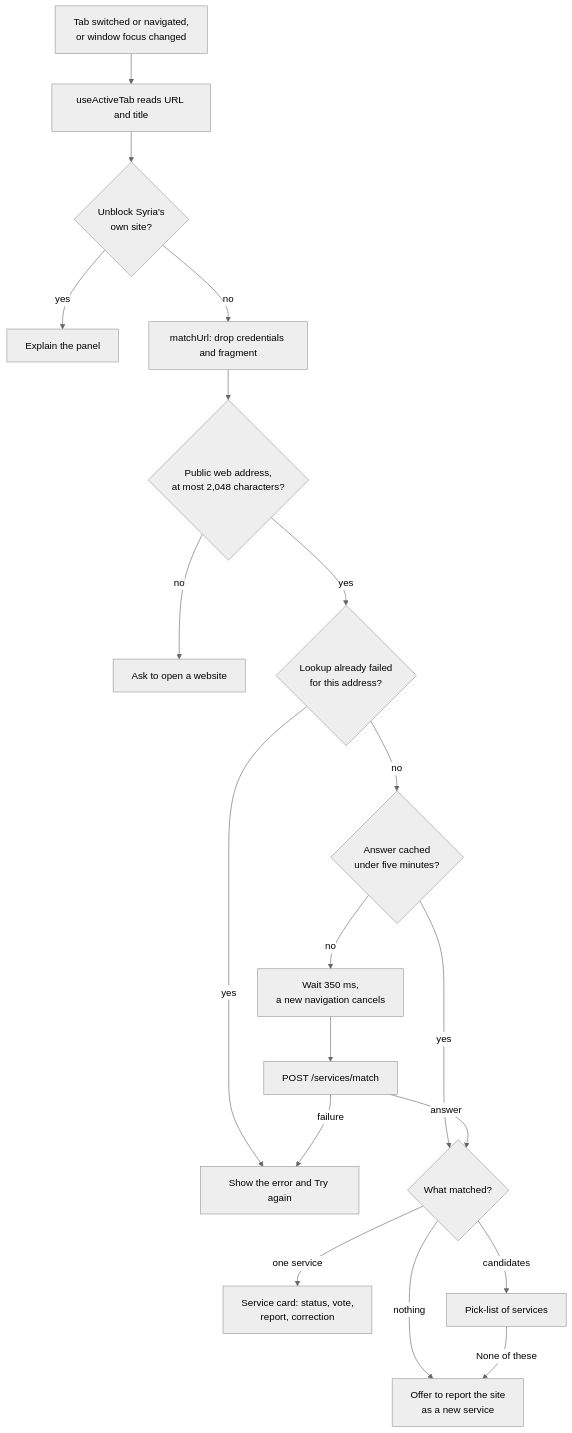
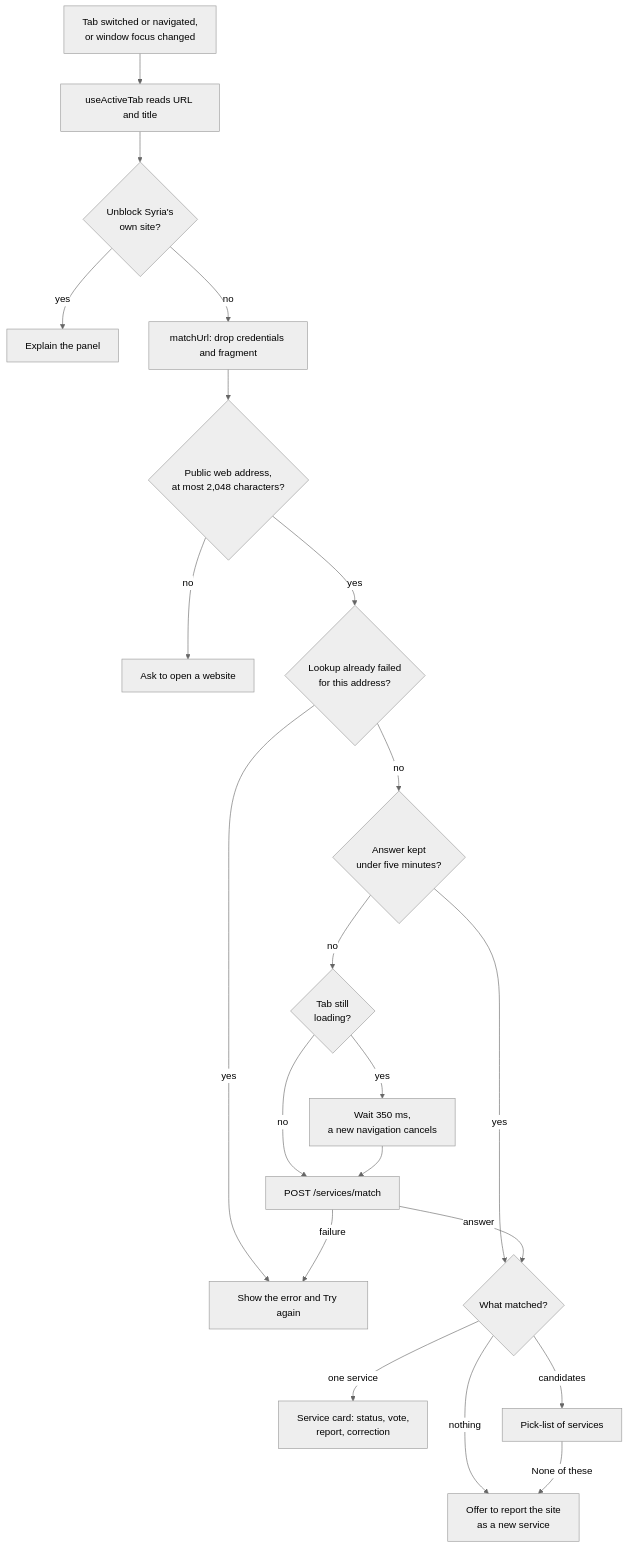
The second of 5 diagrams in ARCHITECTURE.md (unblocksyria/shaghal-extension), drawn with Mermaid (neutral theme) before and after one commit. The commit also changed other lines of this file and 79 other files, not shown here.

First line of the commit message:
feat(panel): guide testers to the gaps and speed up every flow (#74)

````diff
--- a/ARCHITECTURE.md
+++ b/ARCHITECTURE.md
@@ -63,21 +63,23 @@
 ```mermaid
 flowchart TD
     Event["Tab switched or navigated,<br/>or window focus changed"] --> Read["useActiveTab reads URL and title"]
     Read --> Own{"Unblock Syria's<br/>own site?"}
     Own -->|yes| Explain["Explain the panel"]
     Own -->|no| Clean["matchUrl: drop credentials and fragment"]
     Clean --> Supported{"Public web address,<br/>at most 2,048 characters?"}
     Supported -->|no| NoPage["Ask to open a website"]
     Supported -->|yes| Failed{"Lookup already failed<br/>for this address?"}
     Failed -->|yes| Retry["Show the error and Try again"]
-    Failed -->|no| Cached{"Answer cached<br/>under five minutes?"}
+    Failed -->|no| Cached{"Answer kept<br/>under five minutes?"}
     Cached -->|yes| Answer
-    Cached -->|no| Wait["Wait 350 ms,<br/>a new navigation cancels"]
+    Cached -->|no| Loading{"Tab still<br/>loading?"}
+    Loading -->|yes| Wait["Wait 350 ms,<br/>a new navigation cancels"]
+    Loading -->|no| Match
     Wait --> Match["POST /services/match"]
     Match -->|failure| Retry
     Match -->|answer| Answer{"What matched?"}
     Answer -->|one service| Card["Service card: status, vote,<br/>report, correction"]
     Answer -->|candidates| Pick["Pick-list of services"]
     Answer -->|nothing| New["Offer to report the site<br/>as a new service"]
     Pick -->|None of these| New
 ```
````
